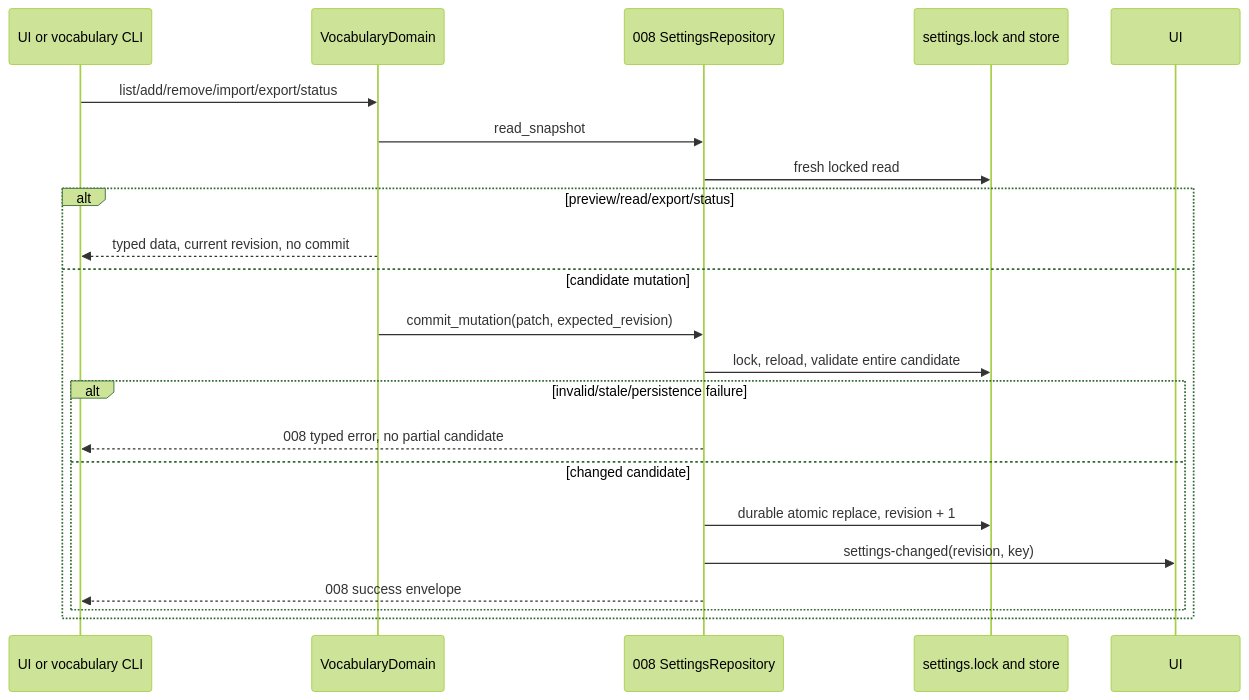
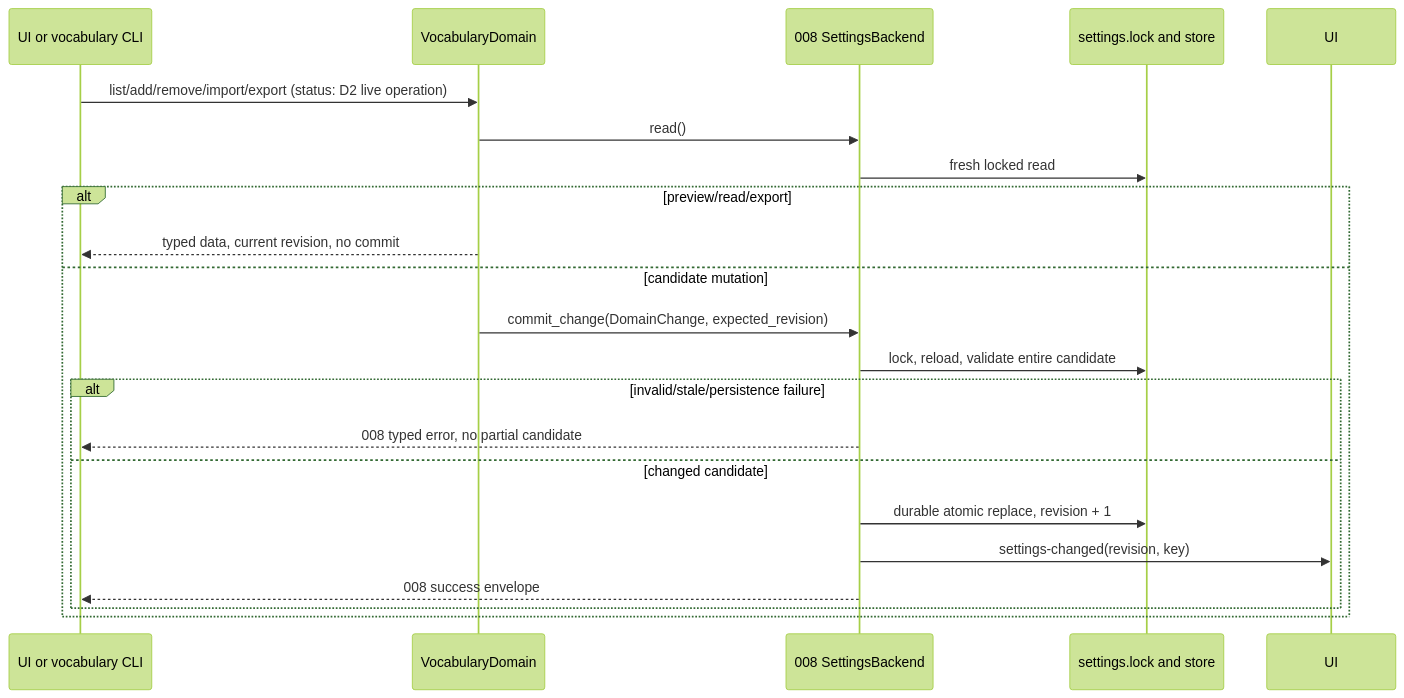
One commit to julien-m/handy changed the first of 4 diagrams in .specs/features/003-recognition-vocabulary/plan.md. Above: the diagram before and after it, drawn with Mermaid (forest theme). The commit also changed other lines of this file and 3 other files, not shown here.

````diff
--- a/.specs/features/003-recognition-vocabulary/plan.md
+++ b/.specs/features/003-recognition-vocabulary/plan.md
@@ -154,24 +156,24 @@
 ```mermaid
 sequenceDiagram
   participant Client as UI or vocabulary CLI
   participant Domain as VocabularyDomain
-  participant Service as 008 SettingsRepository
+  participant Service as 008 SettingsBackend
   participant Disk as settings.lock and store
   participant UI
-  Client->>Domain: list/add/remove/import/export/status
-  Domain->>Service: read_snapshot
+  Client->>Domain: list/add/remove/import/export (status: D2 live operation)
+  Domain->>Service: read()
   Service->>Disk: fresh locked read
-  alt preview/read/export/status
+  alt preview/read/export
     Domain-->>Client: typed data, current revision, no commit
   else candidate mutation
-    Domain->>Service: commit_mutation(patch, expected_revision)
+    Domain->>Service: commit_change(DomainChange, expected_revision)
     Service->>Disk: lock, reload, validate entire candidate
     alt invalid/stale/persistence failure
       Service-->>Client: 008 typed error, no partial candidate
     else changed candidate
       Service->>Disk: durable atomic replace, revision + 1
       Service->>UI: settings-changed(revision, key)
       Service-->>Client: 008 success envelope
     end
   end
 ```
````
